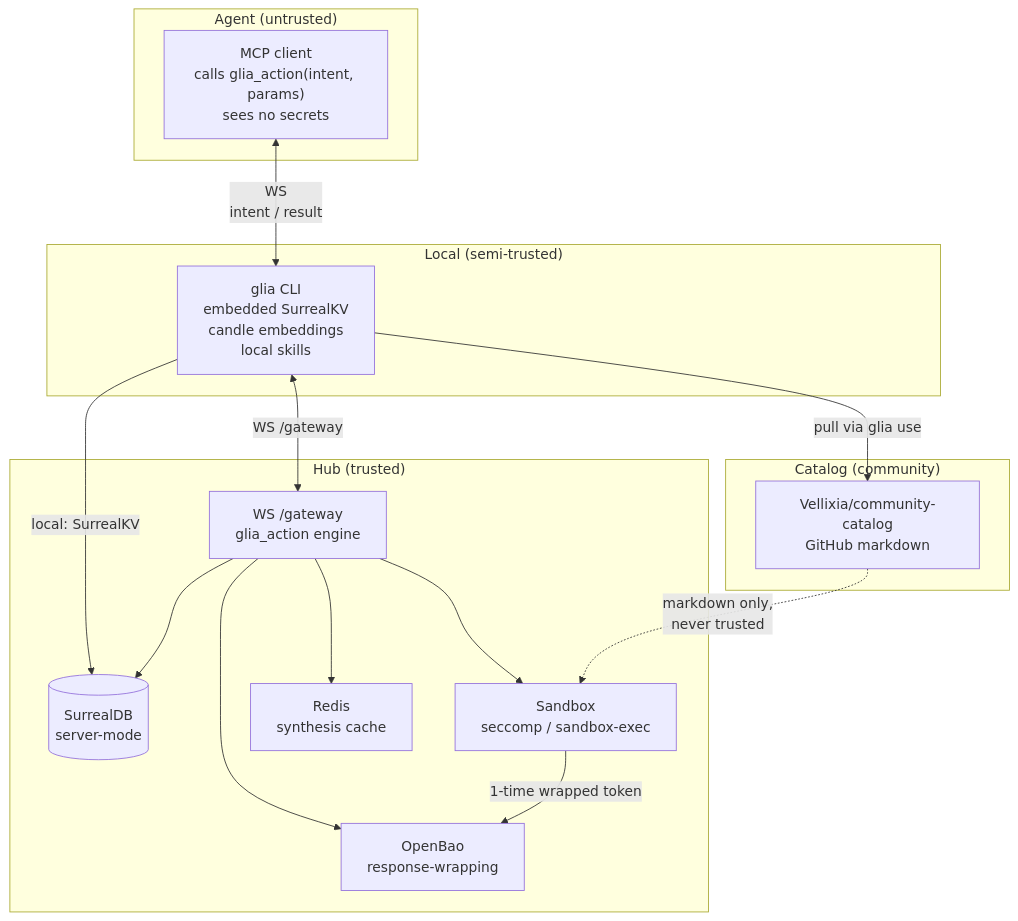
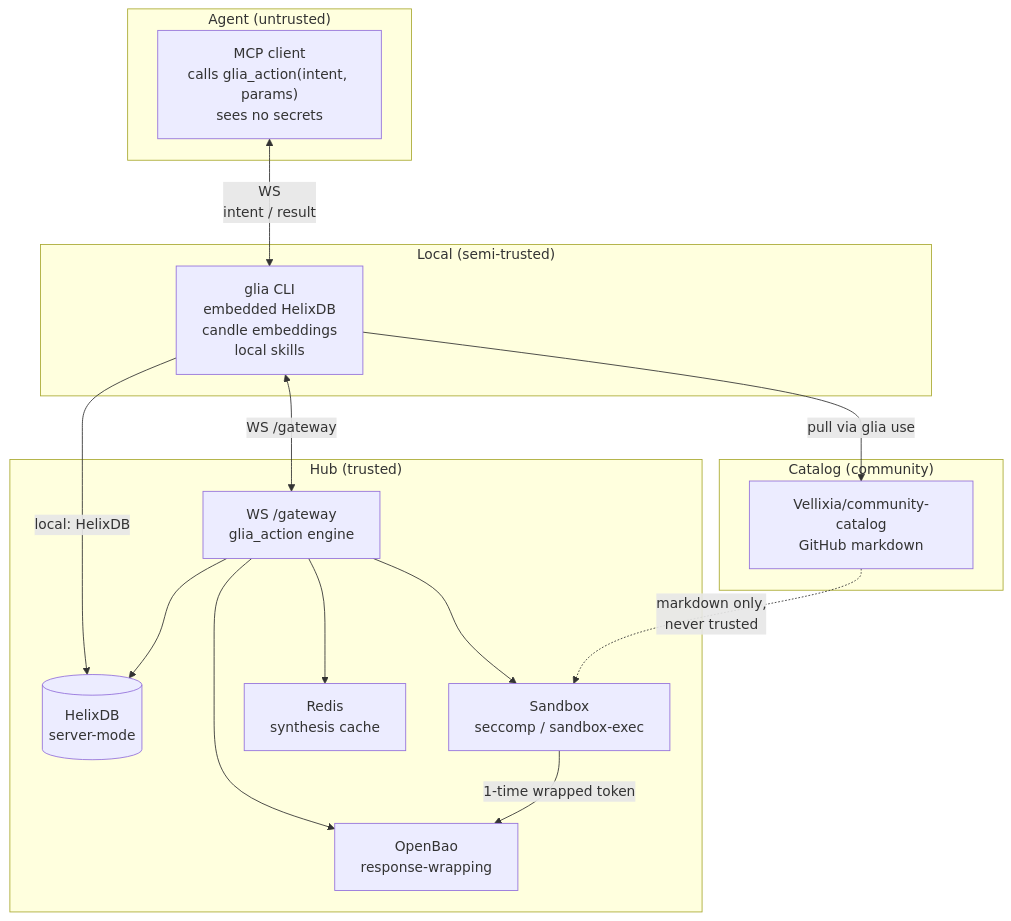
Before and after one commit to Vellixia/Glia: the first of 3 diagrams in docs/architecture.md, drawn with Mermaid. The commit also changed other lines of this file and 40 other files, not shown here.

First line of the commit message:
feat(v0.2.0): migrate SurrealDB to HelixDB + single-gateway architecture

````diff
--- a/docs/architecture.md
+++ b/docs/architecture.md
@@ -8,33 +8,33 @@
 ```mermaid
 flowchart TB
     subgraph Agent["Agent (untrusted)"]
         MCP["MCP client<br/>calls glia_action(intent, params)<br/>sees no secrets"]
     end
 
     subgraph Local["Local (semi-trusted)"]
-        CLI["glia CLI<br/>embedded SurrealKV<br/>candle embeddings<br/>local skills"]
+        CLI["glia CLI<br/>embedded HelixDB<br/>candle embeddings<br/>local skills"]
     end
 
     subgraph Hub["Hub (trusted)"]
         GATE["WS /gateway<br/>glia_action engine"]
-        SDB[("SurrealDB<br/>server-mode")]
+        SDB[("HelixDB<br/>server-mode")]
         BAO["OpenBao<br/>response-wrapping"]
         SAND["Sandbox<br/>seccomp / sandbox-exec"]
         CACHE["Redis<br/>synthesis cache"]
     end
 
     subgraph Catalog["Catalog (community)"]
         CC["Vellixia/community-catalog<br/>GitHub markdown"]
     end
 
     MCP <-->|"WS<br/>intent / result"| CLI
-    CLI -->|"local: SurrealKV"| SDB
+    CLI -->|"local: HelixDB"| SDB
     CLI <-->|"WS /gateway"| GATE
     GATE --> SDB
     GATE --> BAO
     GATE --> SAND
     GATE --> CACHE
     SAND -->|"1-time wrapped token"| BAO
     CLI -->|"pull via glia use"| CC
     CC -.->|"markdown only,<br/>never trusted"| SAND
 ```
````
